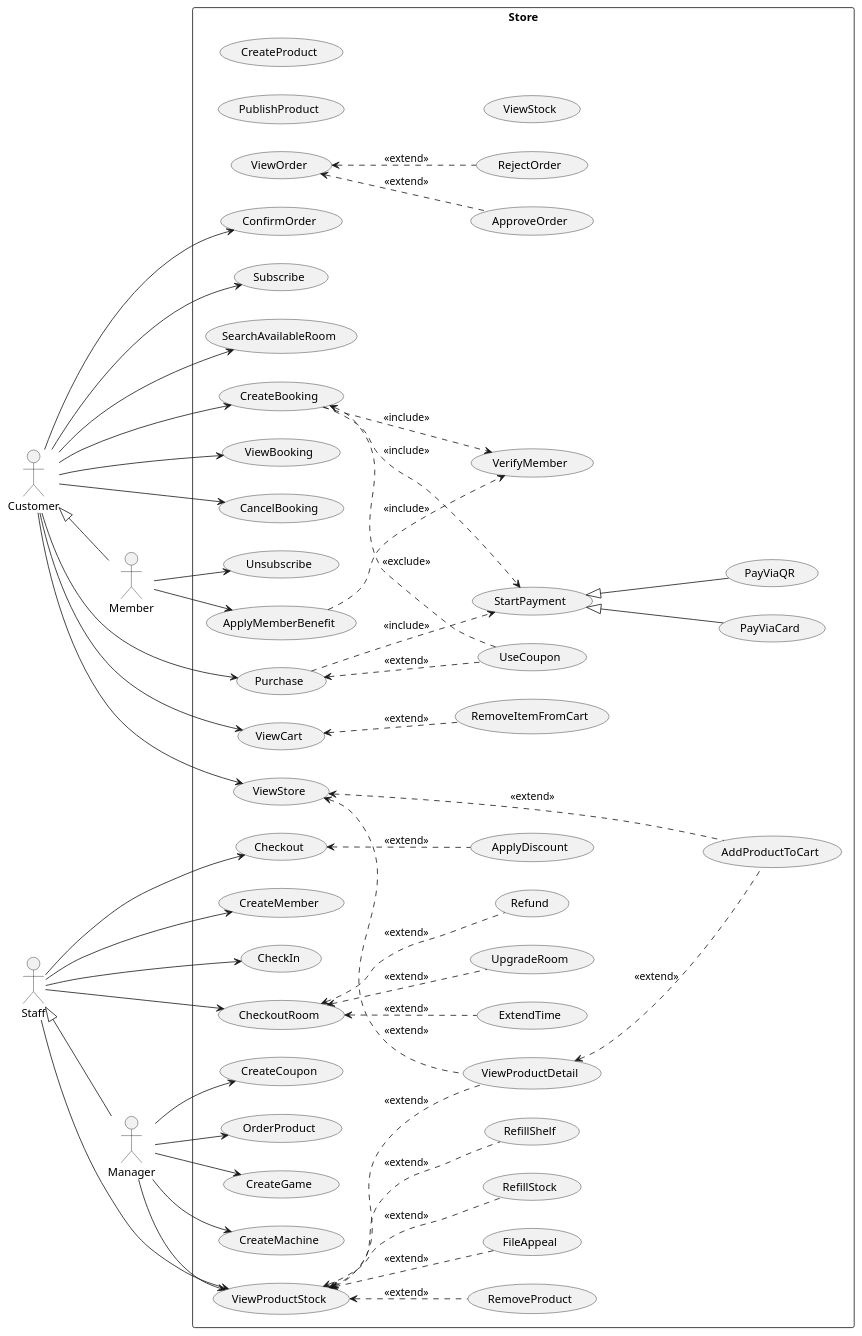
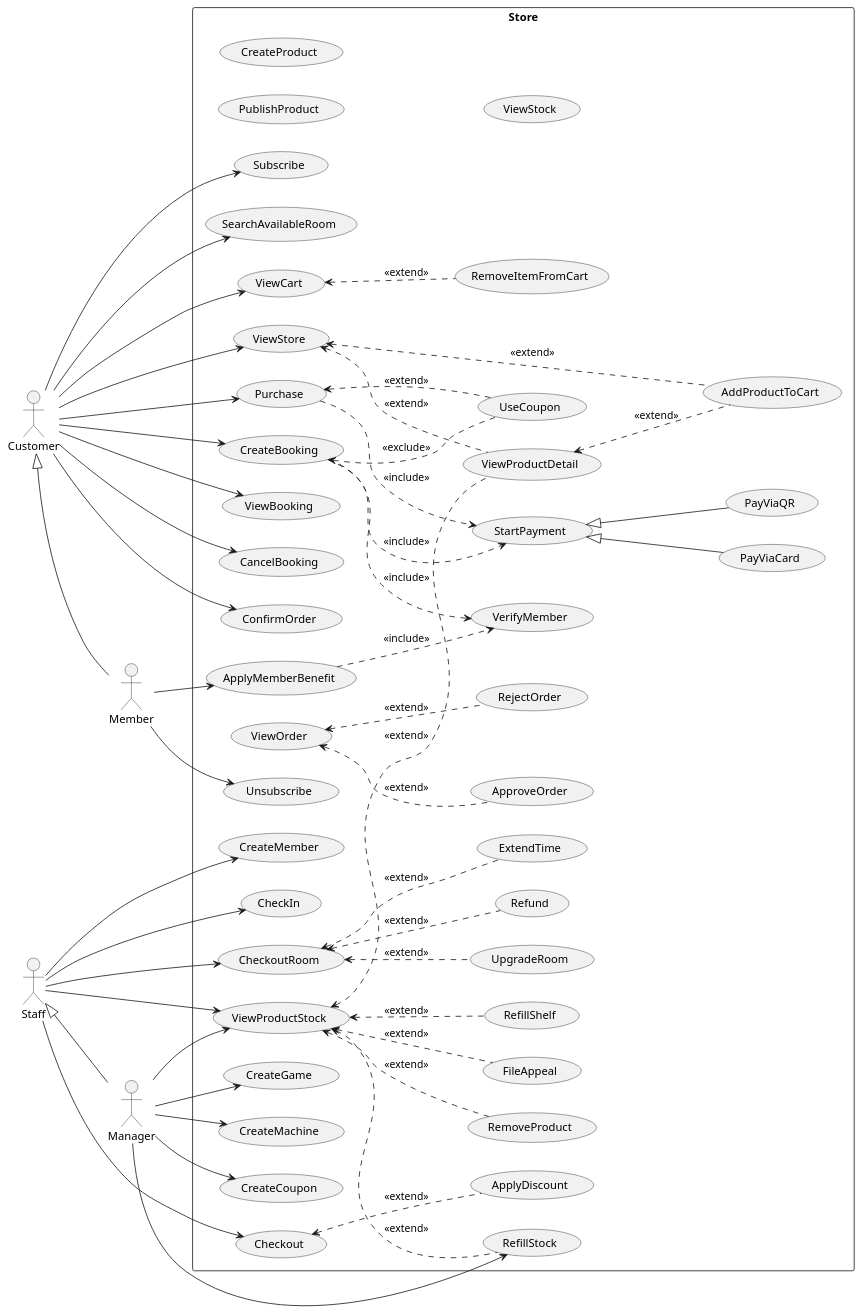
One commit to WaroonRagwongsiri/OOP_Project changed the diagram in UseCaseDiagram/usecase_diagram.puml. Above: the diagram before and after it, drawn with PlantUML. The commit also changed 7 other files, not shown here.

```diff
--- a/UseCaseDiagram/usecase_diagram.puml
+++ b/UseCaseDiagram/usecase_diagram.puml
@@ -1,142 +1,142 @@
 @startuml UseCaseDiagram
 left to right direction
 
 ' =========================
 ' Actors (from hierarchy in Class Diagram)
 ' =========================
 actor "Customer" as A_Customer
 actor "Member" as A_Member
 actor "Staff" as A_Staff
 actor "Manager" as A_Manager
 
 A_Customer <|-- A_Member
 A_Staff <|-- A_Manager
 
 rectangle "Store" {
 
 	'Customer'
 	usecase "AddProductToCart" as UC_AddProductToCart
 	usecase "ViewCart" as UC_ViewCart
 	usecase "RemoveItemFromCart" as UC_RemoveItemFromCart
 	usecase "ViewStore" as UC_ViewStore
 	usecase "ViewProductDetail" as UC_ViewProductDetail
 	usecase "Purchase" as UC_Purchase
 	usecase "UseCoupon" as UC_UseCoupon
 	usecase "ConfirmOrder" as UC_ConfirmOrder
 	usecase "Subscribe" as UC_Subscribe
 
 	'Payment'
 	usecase "StartPayment" as UC_StartPayment
 	usecase "PayViaCard" as UC_PayViaCard
 	usecase "PayViaQR" as UC_PayViaQR
 
 	'Member'
 	usecase "ApplyMemberBenefit" as UC_ApplyMemberBenefit
 	usecase "VerifyMember" as UC_VerifyMember
 	usecase "Unsubscribe" as UC_Unsubscribe
 
 	'Manufacturer'
 	usecase "PublishProduct" as UC_PublishProduct
 	usecase "ViewProductStock" as UC_ViewProductStock
 	usecase "ViewProductDetail" as UC_ViewProductDetail
 	usecase "RemoveProduct" as UC_RemoveProduct
 	usecase "FileAppeal" as UC_FileAppeal
 	usecase "ViewOrder" as UC_ViewOrder
 	usecase "ApproveOrder" as UC_ApproveOrder
 	usecase "RejectOrder" as UC_RejectOrder
 	usecase "CreateProduct" as UC_CreateProduct
 	usecase "RefillStock" as UC_RefillStock
 
 	'Staff'
 	usecase "Checkout" as UC_Checkout
 	usecase "ApplyDiscount" as UC_ApplyDiscount
 	usecase "CreateMember" as UC_CreateMember
 
 	'Manager'
 	usecase "CreateGame" as UC_CreateGame
 	usecase "CreateMachine" as UC_CreateMachine
 	usecase "ViewProductStock" as UC_ViewProductStock
 	usecase "RefillShelf" as UC_RefillShelf
 	usecase "CreateCoupon" as UC_CreateCoupon
-	usecase "OrderProduct" as UC_OrderProduct
+	usecase "RefillStock" as UC_RefillStock
 	usecase "ViewStock" as UC_ViewStock
 
 	'Room Booking'
 	usecase "SearchAvailableRoom" as UC_SearchAvailableRoom
 	usecase "CreateBooking" as UC_CreateBooking
 	usecase "ViewBooking" as UC_ViewBooking
 	usecase "CancelBooking" as UC_CancelBooking
 	usecase "CheckIn" as UC_CheckIn
 	usecase "ExtendTime" as UC_ExtendTime
 	usecase "UpgradeRoom" as UC_UpgradeRoom
 	usecase "CheckoutRoom" as UC_CheckoutRoom
 	usecase "Refund" as UC_Refund
 }
 
 'Customer'
 A_Customer --> UC_ViewCart
 A_Customer --> UC_ViewStore
 A_Customer --> UC_Purchase
 A_Customer --> UC_ConfirmOrder
 A_Customer --> UC_Subscribe
 
 UC_ViewStore <.. UC_AddProductToCart : <<extend>>
 UC_ViewStore <.. UC_ViewProductDetail : <<extend>>
 
 UC_ViewProductDetail <.. UC_AddProductToCart : <<extend>>
 
 UC_ViewCart <.. UC_RemoveItemFromCart : <<extend>>
 
 UC_Purchase <.. UC_UseCoupon : <<extend>>
 UC_Purchase ..> UC_StartPayment : <<include>>
 
 'Payment'
 UC_StartPayment <|-- UC_PayViaCard
 UC_StartPayment <|-- UC_PayViaQR
 
 'Member'
 A_Member --> UC_ApplyMemberBenefit
 A_Member --> UC_Unsubscribe
 
 UC_ApplyMemberBenefit ..> UC_VerifyMember : <<include>>
 
 UC_ViewOrder <.. UC_ApproveOrder : <<extend>>
 UC_ViewOrder <.. UC_RejectOrder : <<extend>>
 
 UC_ViewProductStock <.. UC_RemoveProduct : <<extend>>
 UC_ViewProductStock <.. UC_ViewProductDetail : <<extend>>
 UC_ViewProductStock <.. UC_FileAppeal : <<extend>>
 UC_ViewProductStock <.. UC_RefillStock : <<extend>>
 
 'Staff'
 A_Staff --> UC_Checkout
 A_Staff --> UC_ViewProductStock
 A_Staff --> UC_CreateMember
 A_Staff --> UC_CheckIn
 A_Staff --> UC_CheckoutRoom
 
 UC_CheckoutRoom <.. UC_Refund : <<extend>>
 UC_CheckoutRoom <.. UC_ExtendTime : <<extend>>
 UC_CheckoutRoom <.. UC_UpgradeRoom : <<extend>>
 
 UC_Checkout <.. UC_ApplyDiscount : <<extend>>
 UC_ViewProductStock <.. UC_RefillShelf : <<extend>>
 
 'Manager'
 A_Manager --> UC_CreateCoupon
 A_Manager --> UC_ViewProductStock
 A_Manager --> UC_CreateGame
 A_Manager --> UC_CreateMachine
-A_Manager --> UC_OrderProduct
+A_Manager --> UC_RefillStock
 
 'Customer / Member booking
 A_Customer --> UC_SearchAvailableRoom
 A_Customer --> UC_CreateBooking
 A_Customer --> UC_ViewBooking
 A_Customer --> UC_CancelBooking
 
 UC_CreateBooking ..> UC_VerifyMember : <<include>>
 UC_CreateBooking ..> UC_StartPayment : <<include>>
 UC_CreateBooking <.. UC_UseCoupon : <<exclude>>
 
 @enduml
```
